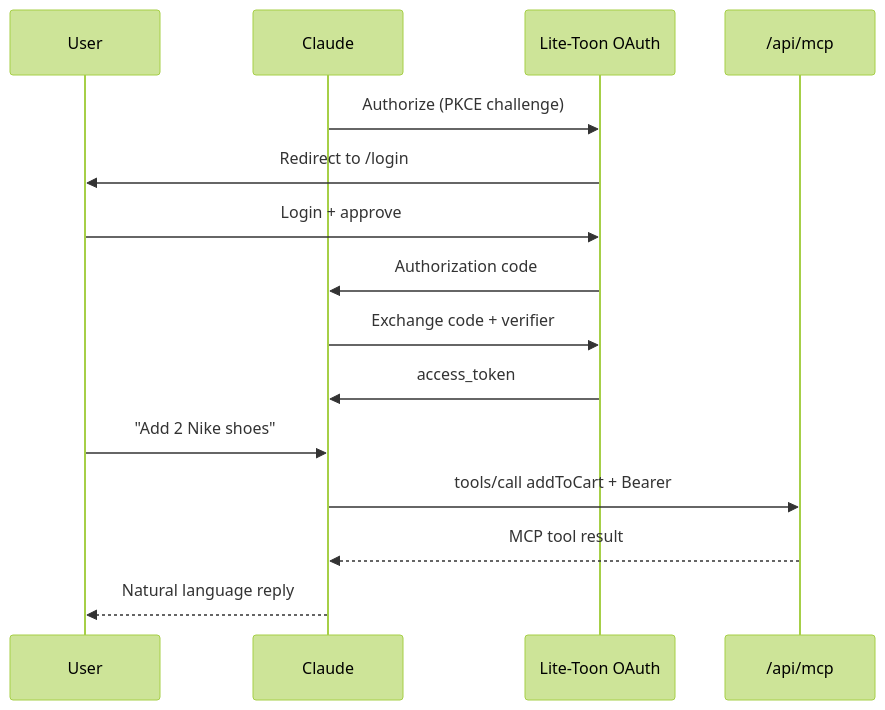
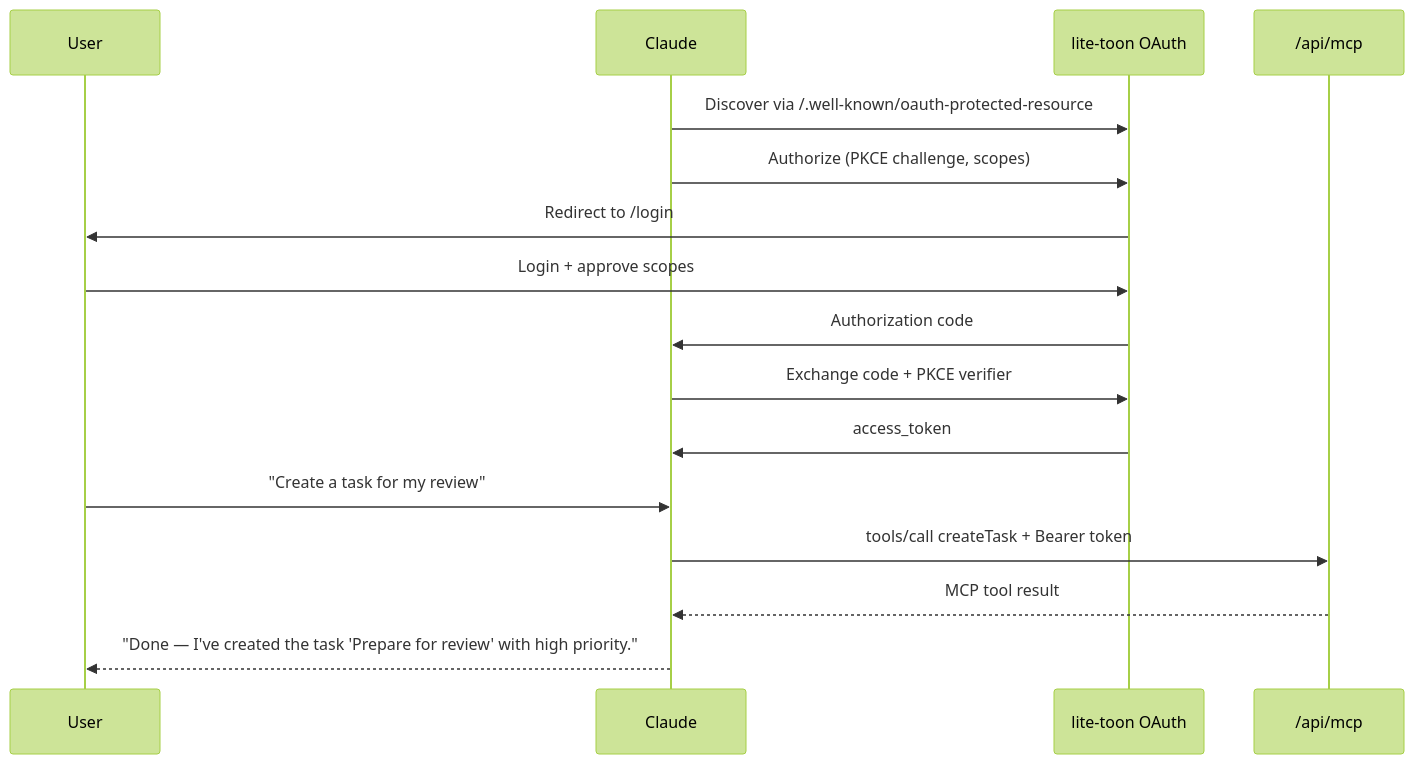
Before and after one commit to Luke-official/lite-toon: the diagram in docs/integration/connect-agents.md, drawn with Mermaid (forest theme). The commit also changed other lines of this file and 30 other files, not shown here.

Commit message:
feat: initialize lite-toon demo application with authentication, MCP integration, and task management features

````diff
--- a/docs/integration/connect-agents.md
+++ b/docs/integration/connect-agents.md
@@ -35,18 +228,19 @@
 ```mermaid
 sequenceDiagram
     participant User
-    participant Agent as Claude
-    participant OAuth as Lite-Toon OAuth
-    participant API as /api/mcp
+    participant Claude
+    participant OAuth as lite-toon OAuth
+    participant MCP as /api/mcp
 
-    Agent->>OAuth: Authorize (PKCE challenge)
+    Claude->>OAuth: Discover via /.well-known/oauth-protected-resource
+    Claude->>OAuth: Authorize (PKCE challenge, scopes)
     OAuth->>User: Redirect to /login
-    User->>OAuth: Login + approve
-    OAuth->>Agent: Authorization code
-    Agent->>OAuth: Exchange code + verifier
-    OAuth->>Agent: access_token
-    User->>Agent: "Add 2 Nike shoes"
-    Agent->>API: tools/call addToCart + Bearer
-    API-->>Agent: MCP tool result
-    Agent-->>User: Natural language reply
+    User->>OAuth: Login + approve scopes
+    OAuth->>Claude: Authorization code
+    Claude->>OAuth: Exchange code + PKCE verifier
+    OAuth->>Claude: access_token
+    User->>Claude: "Create a task for my review"
+    Claude->>MCP: tools/call createTask + Bearer token
+    MCP-->>Claude: MCP tool result
+    Claude-->>User: "Done — I've created the task 'Prepare for review' with high priority."
 ```
````
